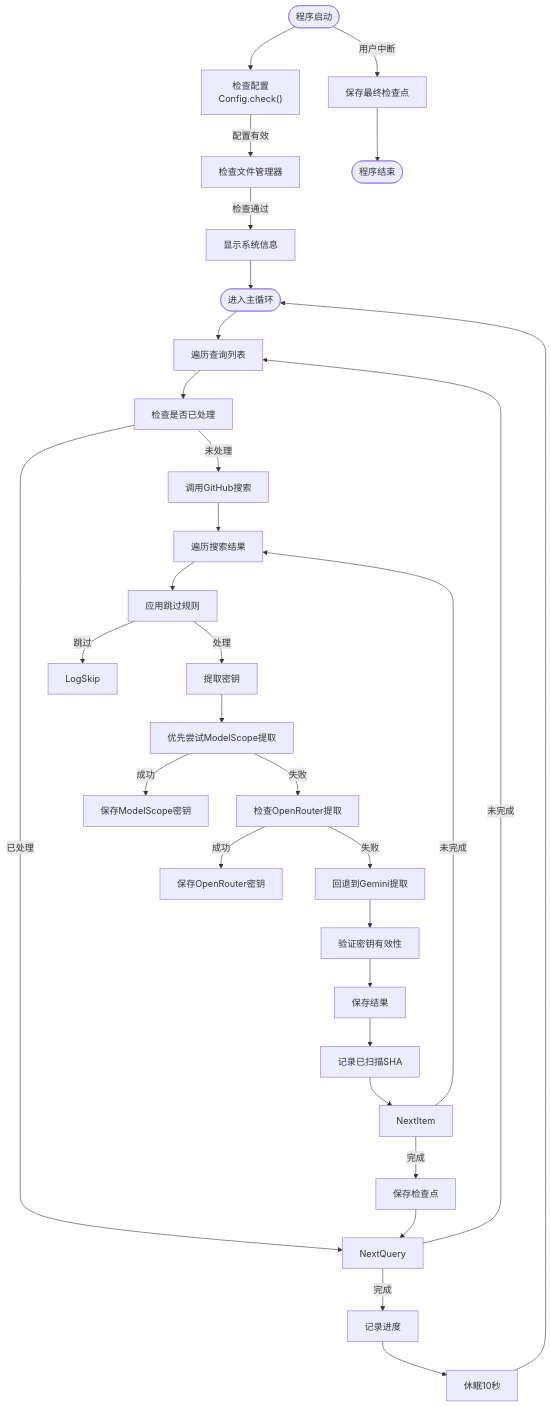
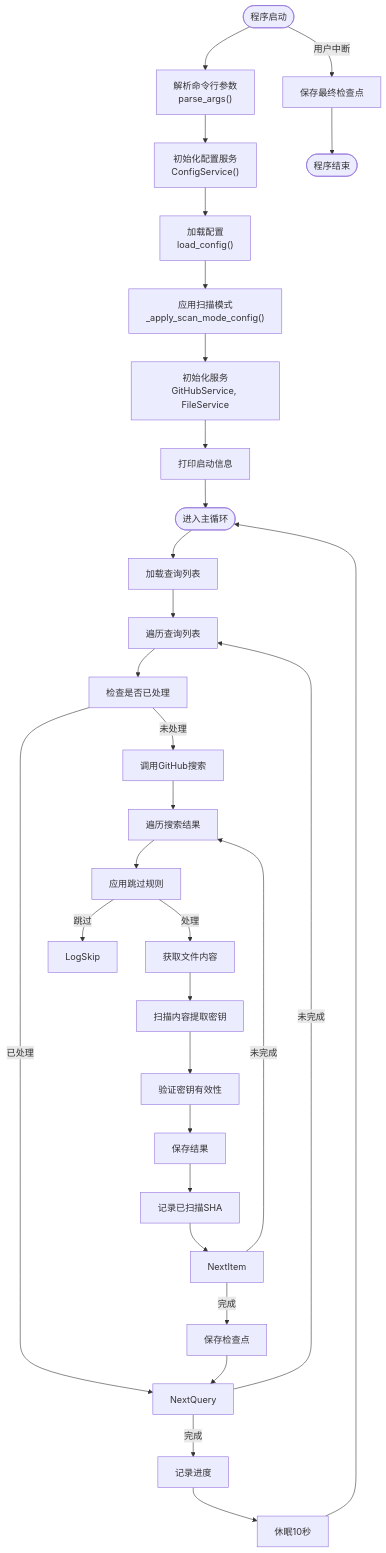
One commit to james-6-23/APIKEY-king changed the third of 4 diagrams in .qoder/repowiki/zh/content/项目概述.md. Above: the diagram before and after it, drawn with Mermaid. The commit also changed other lines of this file and 49 other files, not shown here.

````diff
--- a/.qoder/repowiki/zh/content/项目概述.md
+++ b/.qoder/repowiki/zh/content/项目概述.md
@@ -200,33 +214,33 @@
 ```mermaid
 flowchart TD
-Start([程序启动]) --> ConfigCheck["检查配置<br/>Config.check()"]
-ConfigCheck --> |配置有效| FileManagerCheck["检查文件管理器"]
-FileManagerCheck --> |检查通过| SystemInfo["显示系统信息"]
-SystemInfo --> LoopStart([进入主循环])
-LoopStart --> QueryLoop["遍历查询列表"]
+Start([程序启动]) --> ArgsParse["解析命令行参数<br/>parse_args()"]
+ArgsParse --> ConfigService["初始化配置服务<br/>ConfigService()"]
+ConfigService --> LoadConfig["加载配置<br/>load_config()"]
+LoadConfig --> ApplyMode["应用扫描模式<br/>_apply_scan_mode_config()"]
+ApplyMode --> InitServices["初始化服务<br/>GitHubService, FileService"]
+InitServices --> PrintInfo["打印启动信息"]
+PrintInfo --> LoopStart([进入主循环])
+LoopStart --> LoadQueries["加载查询列表"]
+LoadQueries --> QueryLoop["遍历查询列表"]
 QueryLoop --> SkipCheck["检查是否已处理"]
 SkipCheck --> |已处理| NextQuery
 SkipCheck --> |未处理| GitHubSearch["调用GitHub搜索"]
 GitHubSearch --> ItemLoop["遍历搜索结果"]
 ItemLoop --> SkipFilter["应用跳过规则"]
 SkipFilter --> |跳过| LogSkip
-SkipFilter --> |处理| ExtractKeys["提取密钥"]
-ExtractKeys --> ModelScopeCheck["优先尝试ModelScope提取"]
-ModelScopeCheck --> |成功| SaveMSKeys["保存ModelScope密钥"]
-ModelScopeCheck --> |失败| OpenRouterCheck["检查OpenRouter提取"]
-OpenRouterCheck --> |成功| SaveORKeys["保存OpenRouter密钥"]
-OpenRouterCheck --> |失败| GeminiCheck["回退到Gemini提取"]
-GeminiCheck --> ValidateKeys["验证密钥有效性"]
+SkipFilter --> |处理| GetContent["获取文件内容"]
+GetContent --> ScanContent["扫描内容提取密钥"]
+ScanContent --> ValidateKeys["验证密钥有效性"]
 ValidateKeys --> SaveResults["保存结果"]
 SaveResults --> RecordSHA["记录已扫描SHA"]
 RecordSHA --> NextItem
 NextItem --> |未完成| ItemLoop
 NextItem --> |完成| SaveCheckpoint["保存检查点"]
 SaveCheckpoint --> NextQuery
 NextQuery --> |未完成| QueryLoop
 NextQuery --> |完成| LogProgress["记录进度"]
 LogProgress --> Sleep["休眠10秒"]
 Sleep --> LoopStart
 Start --> |用户中断| SaveFinal["保存最终检查点"]
 SaveFinal --> End([程序结束])
 ```
````
